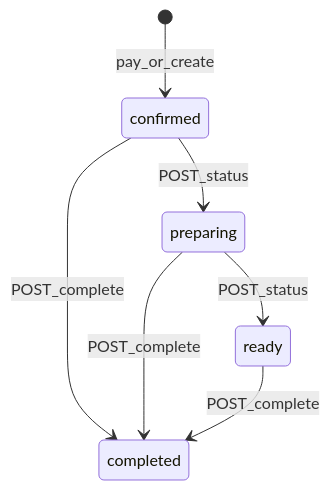
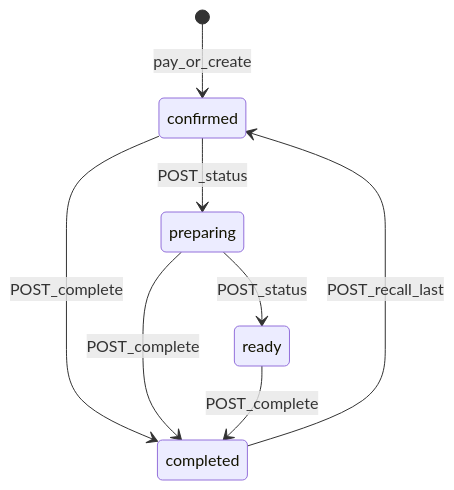
One commit to SeanIntegrator/moonshot changed the diagram in docs/architecture/kds-board.md. Above: the diagram before and after it, drawn with Mermaid. The commit also changed other lines of this file and 28 other files, not shown here.

````diff
--- a/docs/architecture/kds-board.md
+++ b/docs/architecture/kds-board.md
@@ -66,9 +66,10 @@
 ```mermaid
 stateDiagram-v2
   [*] --> confirmed: pay_or_create
   confirmed --> preparing: POST_status
   preparing --> ready: POST_status
   confirmed --> completed: POST_complete
   preparing --> completed: POST_complete
   ready --> completed: POST_complete
+  completed --> confirmed: POST_recall_last
 ```
````
